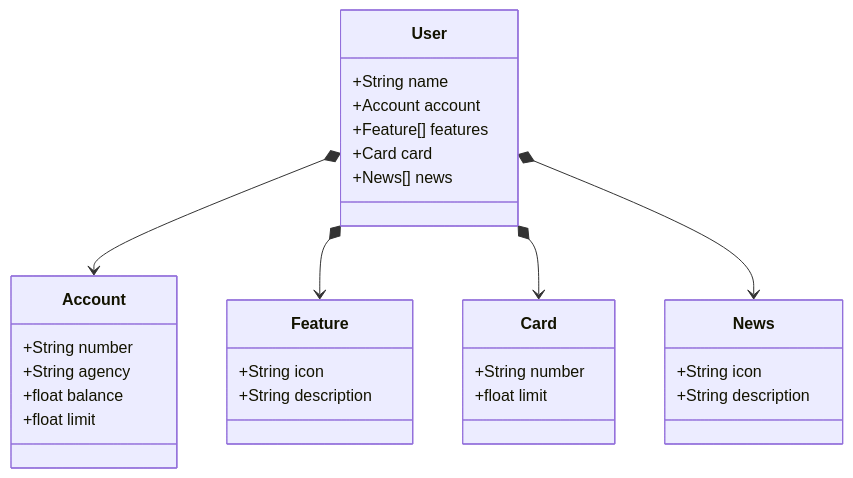
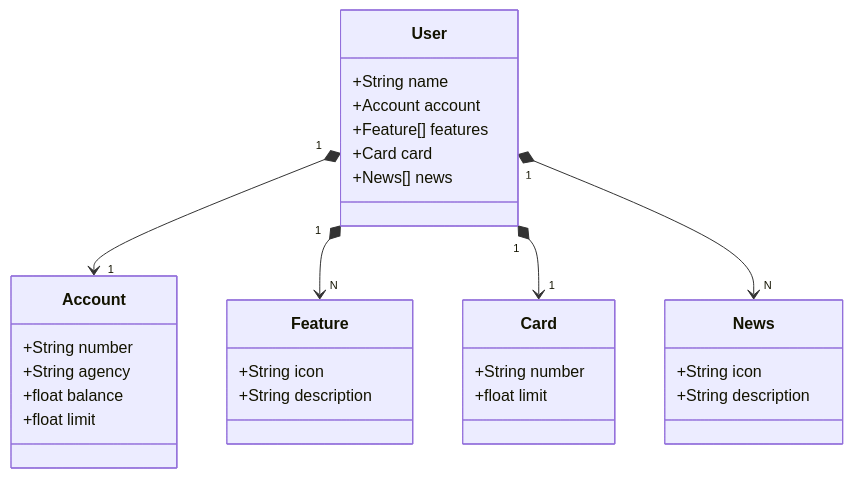
Before and after one commit to lelia-salles/explorando-dominio-bancario: the diagram in README.md, drawn with Mermaid.

````diff
--- a/README.md
+++ b/README.md
@@ -7,37 +7,37 @@
 ```mermaid
 classDiagram
     class User {
         +String name
         +Account account
         +Feature[] features
         +Card card
         +News[] news
     }
 
     class Account {
         +String number
         +String agency
         +float balance
         +float limit
     }
 
     class Feature {
         +String icon
         +String description
     }
 
     class Card {
         +String number
         +float limit
     }
 
     class News {
         +String icon
         +String description
     }
 
-    User *--> Account
-    User *--> Feature
-    User *--> Card
-    User *--> News
+    User "1" *--> "1" Account
+    User "1" *--> "N" Feature
+    User "1" *--> "1" Card
+    User "1" *--> "N" News
 ```
````
